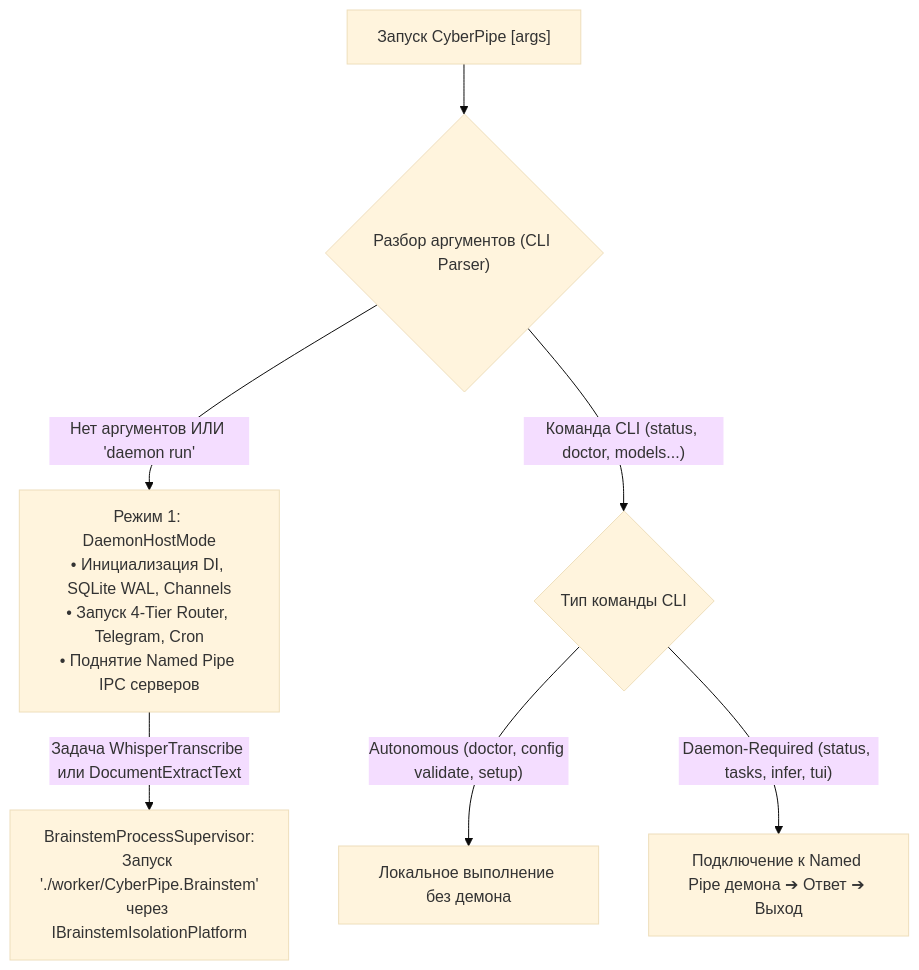
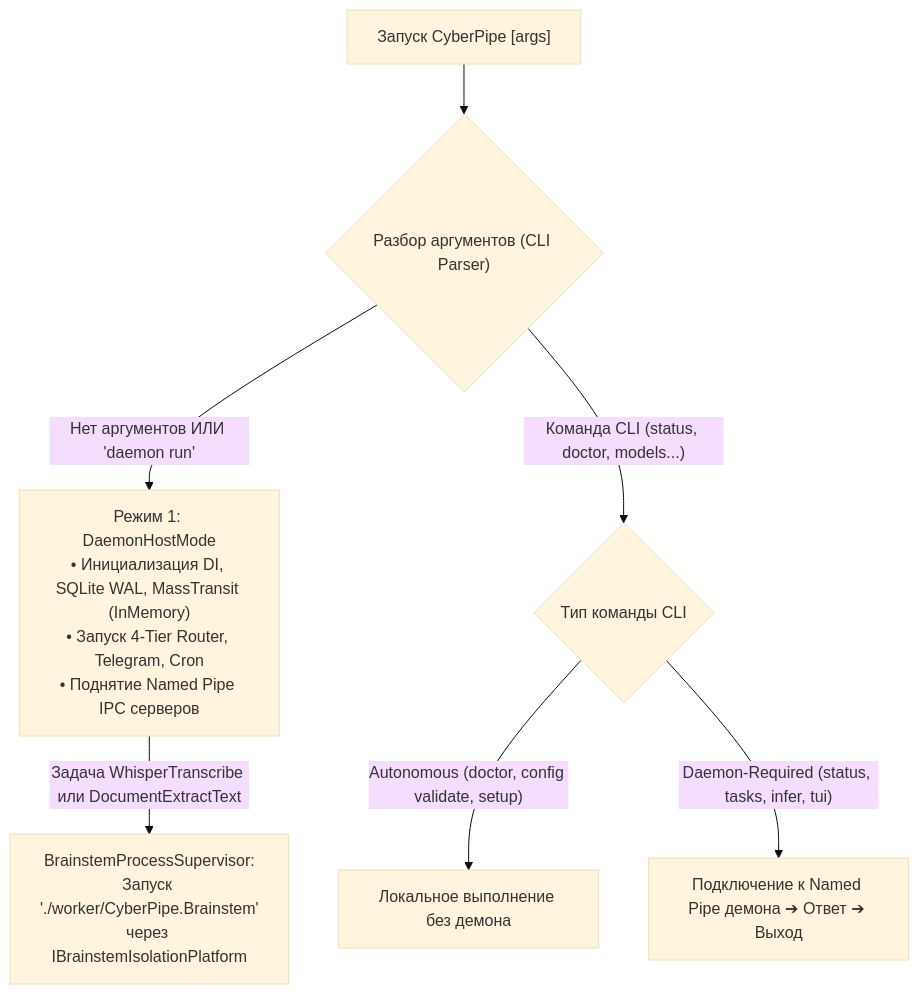
Before and after one commit to abberdeen/CyberPipe: the diagram in docs/plans/15-cli-and-execution-modes.md, drawn with Mermaid (base theme). The commit also changed other lines of this file and 11 other files, not shown here.

First line of the commit message:
docs(plans): update architectural plans and add ADR for MVP scope

````diff
--- a/docs/plans/15-cli-and-execution-modes.md
+++ b/docs/plans/15-cli-and-execution-modes.md
@@ -32,12 +32,12 @@
 ```mermaid
 flowchart TD
     Entry["Запуск CyberPipe [args]"] --> Parse{"Разбор аргументов (CLI Parser)"}
 
-    Parse -->|"Нет аргументов ИЛИ 'daemon run'"| DaemonMode["Режим 1: DaemonHostMode<br/>• Инициализация DI, SQLite WAL, Channels<br/>• Запуск 4-Tier Router, Telegram, Cron<br/>• Поднятие Named Pipe IPC серверов"]
+    Parse -->|"Нет аргументов ИЛИ 'daemon run'"| DaemonMode["Режим 1: DaemonHostMode<br/>• Инициализация DI, SQLite WAL, MassTransit (InMemory)<br/>• Запуск 4-Tier Router, Telegram, Cron<br/>• Поднятие Named Pipe IPC серверов"]
     
     Parse -->|"Команда CLI (status, doctor, models...)"| CheckCmdType{"Тип команды CLI"}
     CheckCmdType -->|"Autonomous (doctor, config validate, setup)"| OfflineExec["Локальное выполнение без демона"]
     CheckCmdType -->|"Daemon-Required (status, tasks, infer, tui)"| IpcExec["Подключение к Named Pipe демона ➔ Ответ ➔ Выход"]
 
     DaemonMode -->|"Задача WhisperTranscribe или DocumentExtractText"| SpawnBrainstem["BrainstemProcessSupervisor:<br/>Запуск './worker/CyberPipe.Brainstem'<br/>через IBrainstemIsolationPlatform"]
 ```
````
